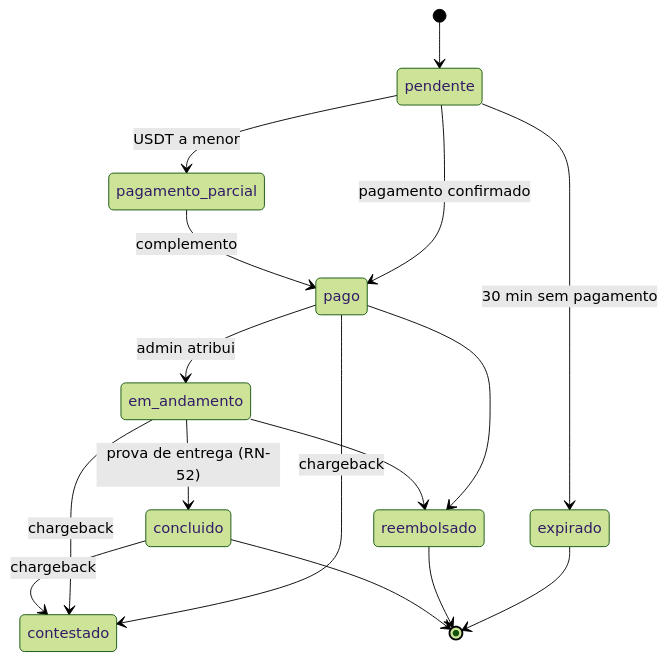
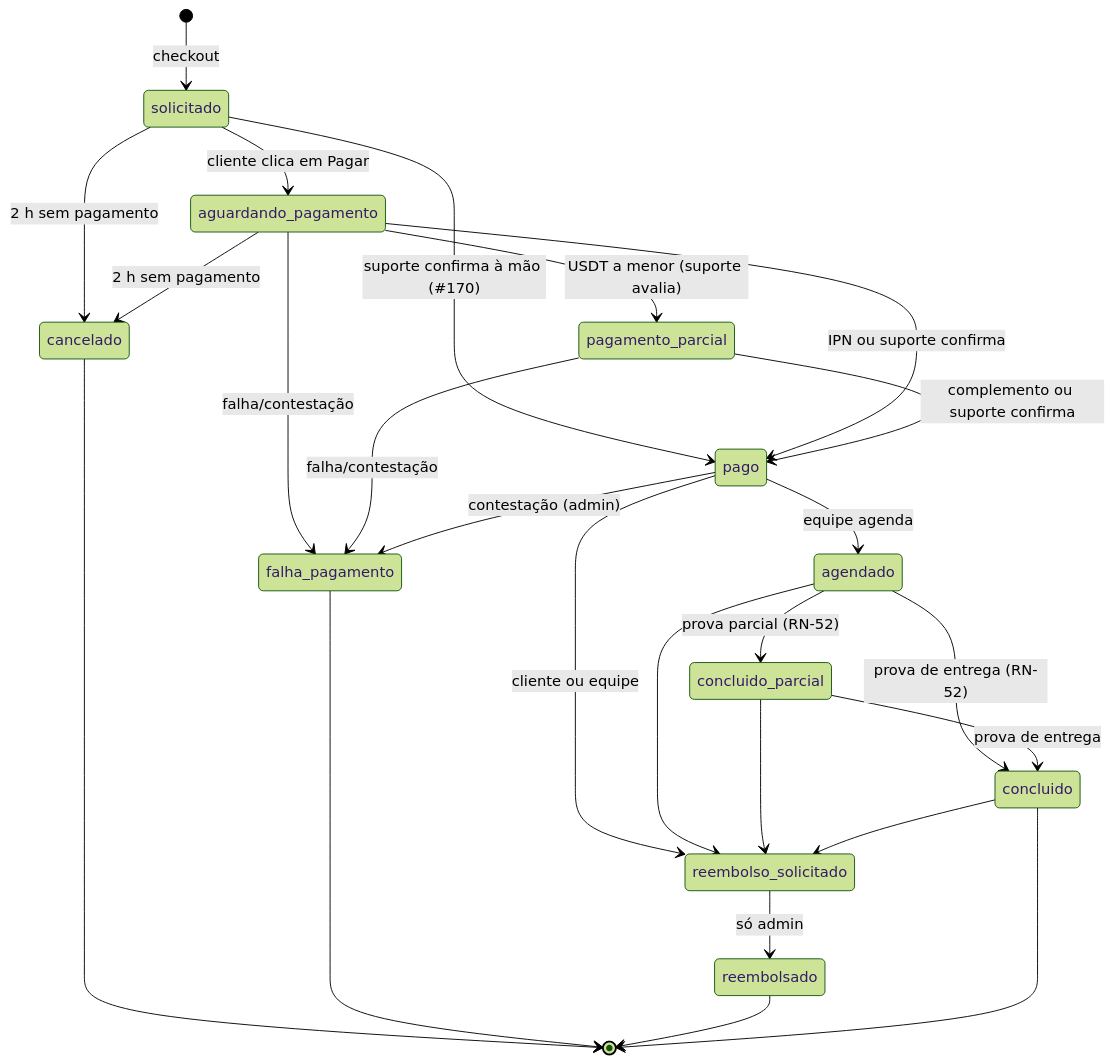
The fourth of 7 diagrams in docs/06-uml.md (abeeyh/shop), drawn with Mermaid (forest theme) before and after one commit. The commit also changed other lines of this file and 37 other files, not shown here.

First line of the commit message:
feat(orders): nova esteira de estados e pagamento manual pelo suporte (#171)

````diff
--- a/docs/06-uml.md
+++ b/docs/06-uml.md
@@ -231,18 +231,27 @@
 ```mermaid
 stateDiagram-v2
-  [*] --> pendente
-  pendente --> pago: pagamento confirmado
-  pendente --> pagamento_parcial: USDT a menor
-  pagamento_parcial --> pago: complemento
-  pendente --> expirado: 30 min sem pagamento
-  pago --> em_andamento: admin atribui
-  em_andamento --> concluido: prova de entrega (RN-52)
-  pago --> reembolsado
-  em_andamento --> reembolsado
-  pago --> contestado: chargeback
-  em_andamento --> contestado: chargeback
-  concluido --> contestado: chargeback
-  expirado --> [*]
+  [*] --> solicitado: checkout
+  solicitado --> aguardando_pagamento: cliente clica em Pagar
+  solicitado --> pago: suporte confirma à mão (#170)
+  aguardando_pagamento --> pago: IPN ou suporte confirma
+  aguardando_pagamento --> pagamento_parcial: USDT a menor (suporte avalia)
+  pagamento_parcial --> pago: complemento ou suporte confirma
+  solicitado --> cancelado: 2 h sem pagamento
+  aguardando_pagamento --> cancelado: 2 h sem pagamento
+  aguardando_pagamento --> falha_pagamento: falha/contestação
+  pagamento_parcial --> falha_pagamento: falha/contestação
+  pago --> falha_pagamento: contestação (admin)
+  pago --> agendado: equipe agenda
+  agendado --> concluido_parcial: prova parcial (RN-52)
+  agendado --> concluido: prova de entrega (RN-52)
+  concluido_parcial --> concluido: prova de entrega
+  pago --> reembolso_solicitado: cliente ou equipe
+  agendado --> reembolso_solicitado
+  concluido_parcial --> reembolso_solicitado
+  concluido --> reembolso_solicitado
+  reembolso_solicitado --> reembolsado: só admin
+  cancelado --> [*]
+  falha_pagamento --> [*]
   reembolsado --> [*]
   concluido --> [*]
 ```
````
